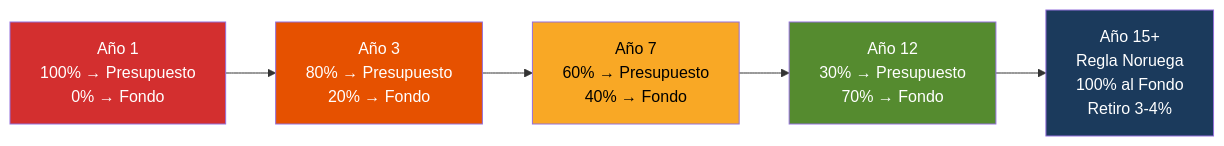
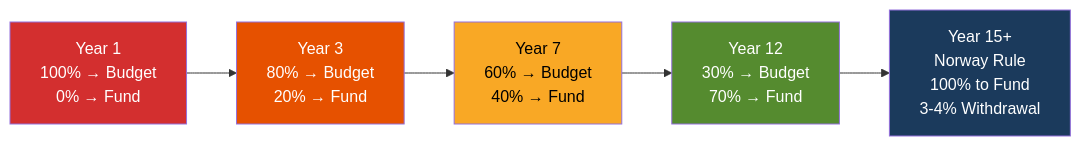
One commit to Venezuela-S-A/venezuela-sa changed the first of 3 diagrams in i18n/en/docusaurus-plugin-content-docs/current/02-motor-financiero/transicion-fiscal.md. Above: the diagram before and after it, drawn with Mermaid. The commit also changed other lines of this file and 127 other files, not shown here.

````diff
--- a/i18n/en/docusaurus-plugin-content-docs/current/02-motor-financiero/transicion-fiscal.md
+++ b/i18n/en/docusaurus-plugin-content-docs/current/02-motor-financiero/transicion-fiscal.md
@@ -48,12 +48,12 @@
 ```mermaid
 flowchart LR
-    A["Año 1<br/>100% → Presupuesto<br/>0% → Fondo"] --> B["Año 3<br/>80% → Presupuesto<br/>20% → Fondo"]
-    B --> C["Año 7<br/>60% → Presupuesto<br/>40% → Fondo"]
-    C --> D["Año 12<br/>30% → Presupuesto<br/>70% → Fondo"]
-    D --> E["Año 15+<br/>Regla Noruega<br/>100% al Fondo<br/>Retiro 3-4%"]
+    A["Year 1<br/>100% → Budget<br/>0% → Fund"] --> B["Year 3<br/>80% → Budget<br/>20% → Fund"]
+    B --> C["Year 7<br/>60% → Budget<br/>40% → Fund"]
+    C --> D["Year 12<br/>30% → Budget<br/>70% → Fund"]
+    D --> E["Year 15+<br/>Norway Rule<br/>100% to Fund<br/>3-4% Withdrawal"]
     style A fill:#d32f2f,color:#fff
     style B fill:#e65100,color:#fff
     style C fill:#f9a825,color:#000
     style D fill:#558b2f,color:#fff
     style E fill:#1B3A5C,color:#fff
 ```
````
